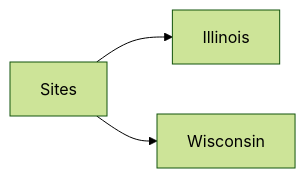
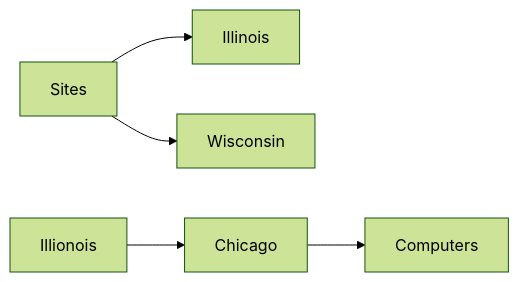
Before and after one commit to emerconnelly/sysadmin: the diagram in powershell-scripts/Move-ComputersByStateSiteCode/README.md, drawn with Mermaid (forest theme). The commit also changed other lines of this file, not shown here.

````diff
--- a/powershell-scripts/Move-ComputersByStateSiteCode/README.md
+++ b/powershell-scripts/Move-ComputersByStateSiteCode/README.md
@@ -24,5 +24,7 @@
 ```mermaid
 flowchart LR
     Sites --> Illinois
+      Illionois --> Chicago
+        Chicago --> Computers
     Sites --> Wisconsin
 ```
````
